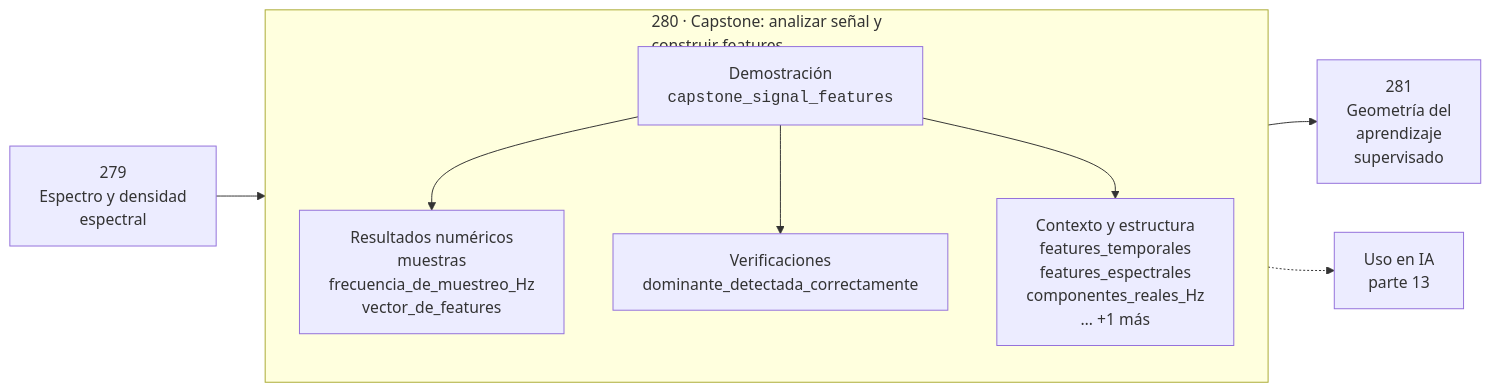
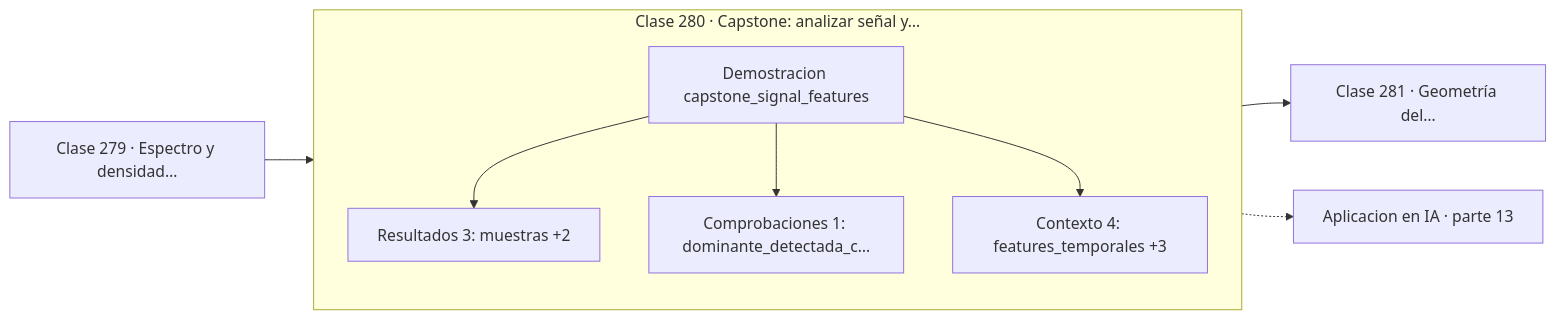
Before and after one commit to vladimiracunadev-create/computational-mathematics-program: the diagram in classes/part-13-teoria-de-la-informacion-senales-y-series/280-capstone-analizar-senal-y-construir-features/README.md, drawn with Mermaid. The commit also changed 389 other files, not shown here.

First line of the commit message:
fix(diagramas): elimina el HTML de las etiquetas Mermaid

````diff
--- a/classes/part-13-teoria-de-la-informacion-senales-y-series/280-capstone-analizar-senal-y-construir-features/README.md
+++ b/classes/part-13-teoria-de-la-informacion-senales-y-series/280-capstone-analizar-senal-y-construir-features/README.md
@@ -30,12 +30,13 @@
 ```mermaid
 flowchart LR
-    P["279<br/>Espectro y densidad<br/>espectral"] --> C
-    subgraph C["280 · Capstone: analizar señal y<br/>construir features"]
+    P["Clase 279 · Espectro y densidad…"] --> D
+    subgraph CLASE["Clase 280 · Capstone: analizar señal y…"]
         direction TB
-        D["Demostración<br/><code>capstone_signal_features</code>"] --> R["Resultados numéricos<br/>muestras<br/>frecuencia_de_muestreo_Hz<br/>vector_de_features"]
-        D --> V["Verificaciones<br/>dominante_detectada_correctamente"]
-        D --> O["Contexto y estructura<br/>features_temporales<br/>features_espectrales<br/>componentes_reales_Hz<br/>… +1 más"]
+        D["Demostracion capstone_signal_features"]
+        D --> R["Resultados 3: muestras +2"]
+        D --> V["Comprobaciones 1: dominante_detectada_c…"]
+        D --> O["Contexto 4: features_temporales +3"]
     end
-    C --> N["281<br/>Geometría del<br/>aprendizaje<br/>supervisado"]
-    C -.-> IA["Uso en IA<br/>parte 13"]
+    R --> N["Clase 281 · Geometría del…"]
+    V -.-> IA["Aplicacion en IA · parte 13"]
 ```
````
